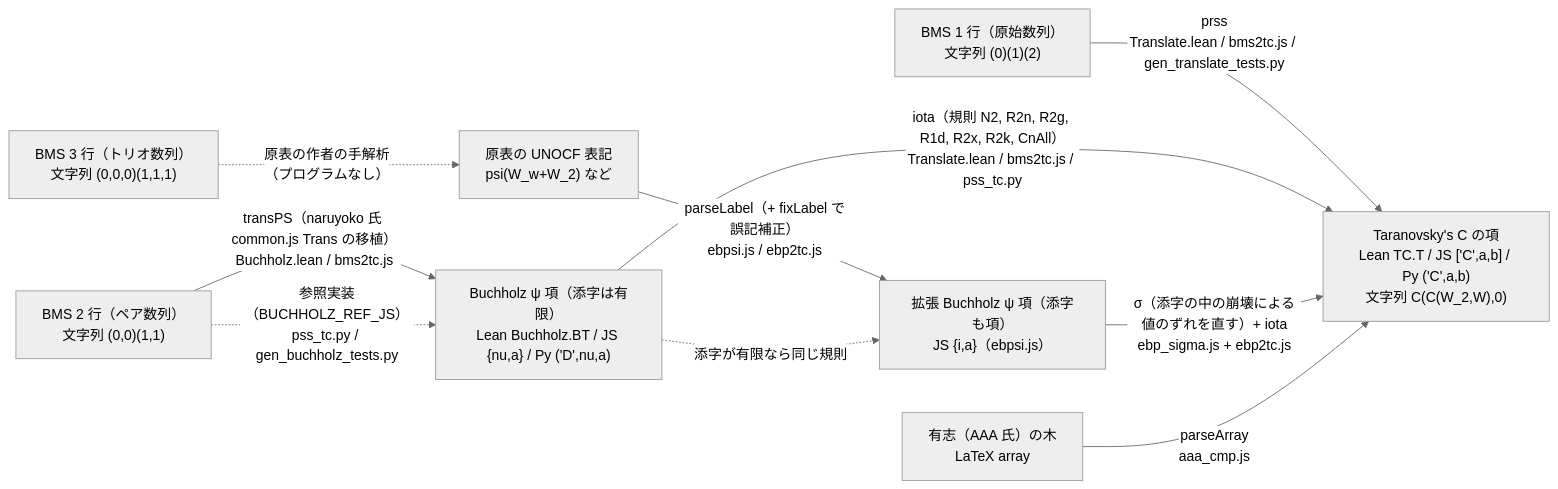
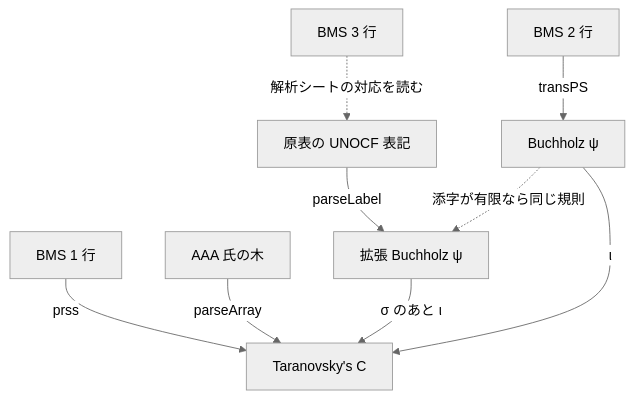
Before and after one commit to koteitan/bms-vs-taranovskys-c: the first of 4 diagrams in tools/README.md, drawn with Mermaid (neutral theme). The commit also changed other lines of this file, not shown here.

First line of the commit message:
Make tools/README.md diagrams readable

````diff
--- a/tools/README.md
+++ b/tools/README.md
@@ -10,21 +10,20 @@
 ```mermaid
-flowchart LR
-  BMS1["BMS 1 行（原始数列）<br/>文字列 (0)(1)(2)"]
-  BMS2["BMS 2 行（ペア数列）<br/>文字列 (0,0)(1,1)"]
-  BMS3["BMS 3 行（トリオ数列）<br/>文字列 (0,0,0)(1,1,1)"]
-  LABEL["原表の UNOCF 表記<br/>psi(W_w+W_2) など"]
-  BT["Buchholz ψ 項（添字は有限）<br/>Lean Buchholz.BT / JS {nu,a} / Py ('D',nu,a)"]
-  EBP["拡張 Buchholz ψ 項（添字も項）<br/>JS {i,a}（ebpsi.js）"]
-  TC["Taranovsky's C の項<br/>Lean TC.T / JS ['C',a,b] / Py ('C',a,b)<br/>文字列 C(C(W_2,W),0)"]
-  AAA["有志（AAA 氏）の木<br/>LaTeX array"]
+flowchart TB
+  BMS1["BMS 1 行"]
+  BMS2["BMS 2 行"]
+  BMS3["BMS 3 行"]
+  AAA["AAA 氏の木"]
+  LABEL["原表の UNOCF 表記"]
+  BT["Buchholz ψ"]
+  EBP["拡張 Buchholz ψ"]
+  TC["Taranovsky's C"]
 
-  BMS1 -->|"prss<br/>Translate.lean / bms2tc.js / gen_translate_tests.py"| TC
-  BMS2 -->|"transPS（naruyoko 氏 common.js Trans の移植）<br/>Buchholz.lean / bms2tc.js"| BT
-  BMS2 -.->|"参照実装（BUCHHOLZ_REF_JS）<br/>pss_tc.py / gen_buchholz_tests.py"| BT
-  BT -->|"iota（規則 N2, R2n, R2g, R1d, R2x, R2k, CnAll）<br/>Translate.lean / bms2tc.js / pss_tc.py"| TC
-  BMS3 -.->|"原表の作者の手解析<br/>（プログラムなし）"| LABEL
-  LABEL -->|"parseLabel（+ fixLabel で誤記補正）<br/>ebpsi.js / ebp2tc.js"| EBP
-  EBP -->|"σ（添字の中の崩壊による値のずれを直す）+ iota<br/>ebp_sigma.js + ebp2tc.js"| TC
+  BMS2 -->|"transPS"| BT
+  BMS3 -.->|"解析シートの対応を読む"| LABEL
+  LABEL -->|"parseLabel"| EBP
   BT -.->|"添字が有限なら同じ規則"| EBP
-  AAA -->|"parseArray<br/>aaa_cmp.js"| TC
+  BMS1 -->|"prss"| TC
+  BT -->|"ι"| TC
+  EBP -->|"σ のあと ι"| TC
+  AAA -->|"parseArray"| TC
 ```
````
